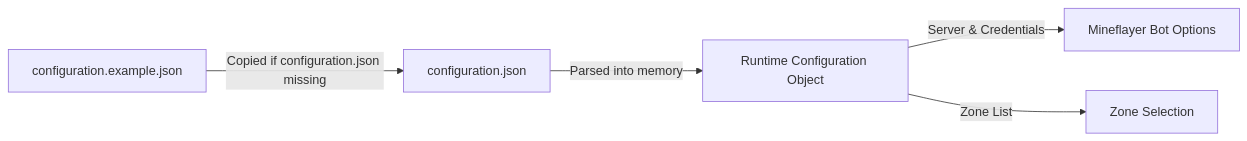
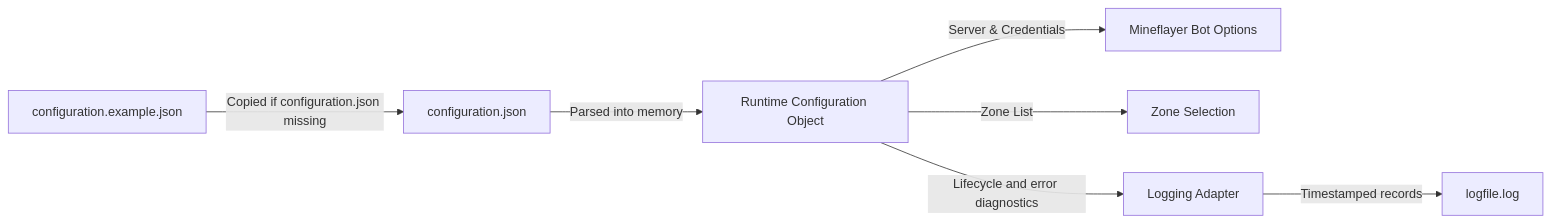
Before and after one commit to hmlendea/minecraft-afk-bot: the fourth of 7 diagrams in ARCHITECTURE.md, drawn with Mermaid. The commit also changed other lines of this file and 5 other files, not shown here.

````diff
--- a/ARCHITECTURE.md
+++ b/ARCHITECTURE.md
@@ -186,7 +213,9 @@
 ```mermaid
 graph LR
     Template["configuration.example.json"] -->|Copied if configuration.json missing| ActiveConfig["configuration.json"]
     ActiveConfig -->|Parsed into memory| Memory["Runtime Configuration Object"]
     Memory -->|Server & Credentials| BotOpts["Mineflayer Bot Options"]
     Memory -->|Zone List| ZoneSel["Zone Selection"]
+    Memory -->|Lifecycle and error diagnostics| Logger["Logging Adapter"]
+    Logger -->|Timestamped records| LogFile["logfile.log"]
 ```
````
